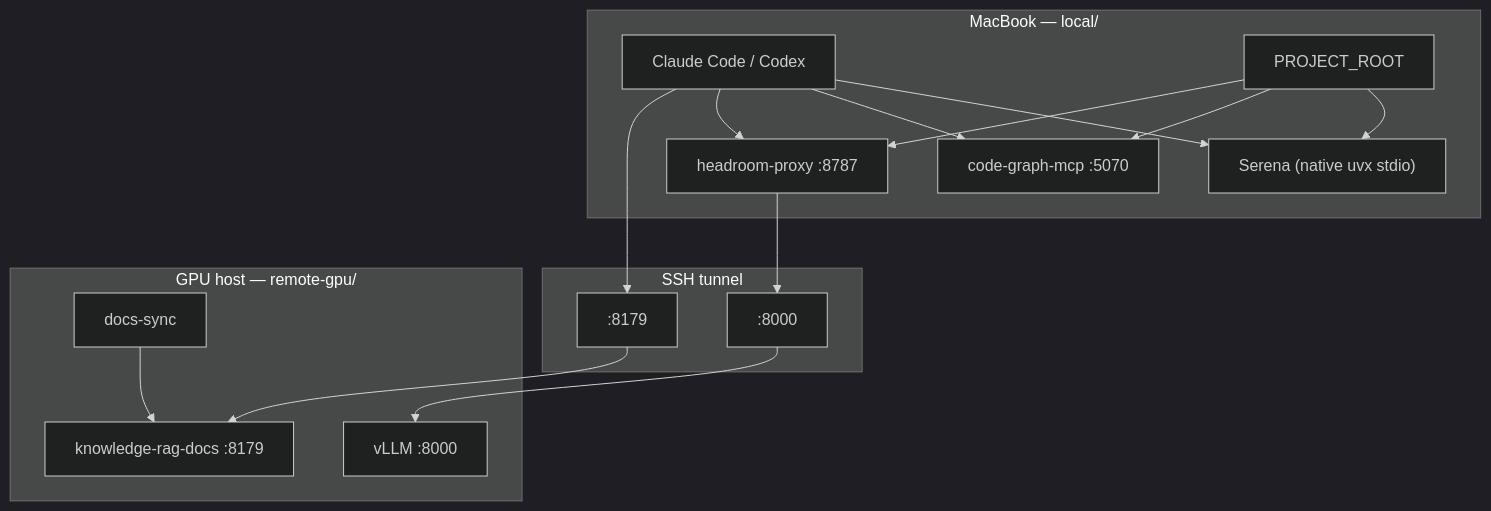
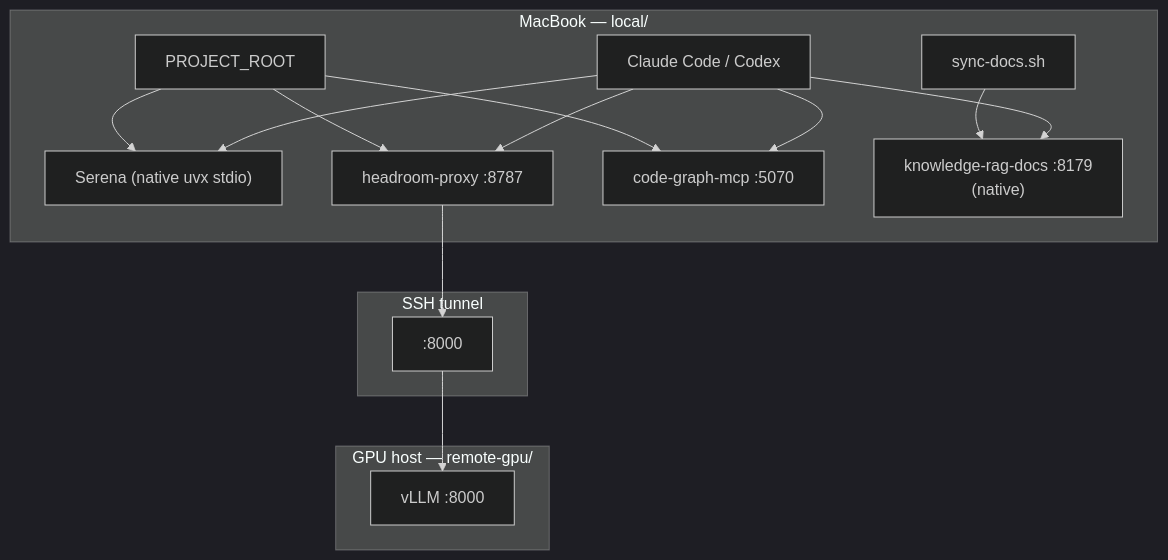
Before and after one commit to anujvns2007/hyper-agent: the diagram in README.md, drawn with Mermaid (dark theme). The commit also changed other lines of this file and 12 other files, not shown here.

````diff
--- a/README.md
+++ b/README.md
@@ -9,35 +9,32 @@
 ```mermaid
 flowchart TB
   subgraph mac["MacBook — local/"]
     IDE["Claude Code / Codex"]
     SER["Serena (native uvx stdio)"]
     HR["headroom-proxy :8787"]
     REPO["PROJECT_ROOT"]
     CG["code-graph-mcp :5070"]
+    KRD["knowledge-rag-docs :8179\n(native)"]
+    SYNC["sync-docs.sh"]
 
     REPO --> SER
     REPO --> CG
     REPO --> HR
+    SYNC --> KRD
     IDE --> SER
     IDE --> CG
     IDE --> HR
+    IDE --> KRD
   end
 
   subgraph tunnel["SSH tunnel"]
     T8000[":8000"]
-    T8179[":8179"]
   end
 
   subgraph gpu["GPU host — remote-gpu/"]
     VLLM["vLLM :8000"]
-    KRD["knowledge-rag-docs :8179"]
-    SYNC["docs-sync"]
-
-    SYNC --> KRD
   end
 
   HR --> T8000
-  IDE --> T8179
   T8000 --> VLLM
-  T8179 --> KRD
 ```
````
